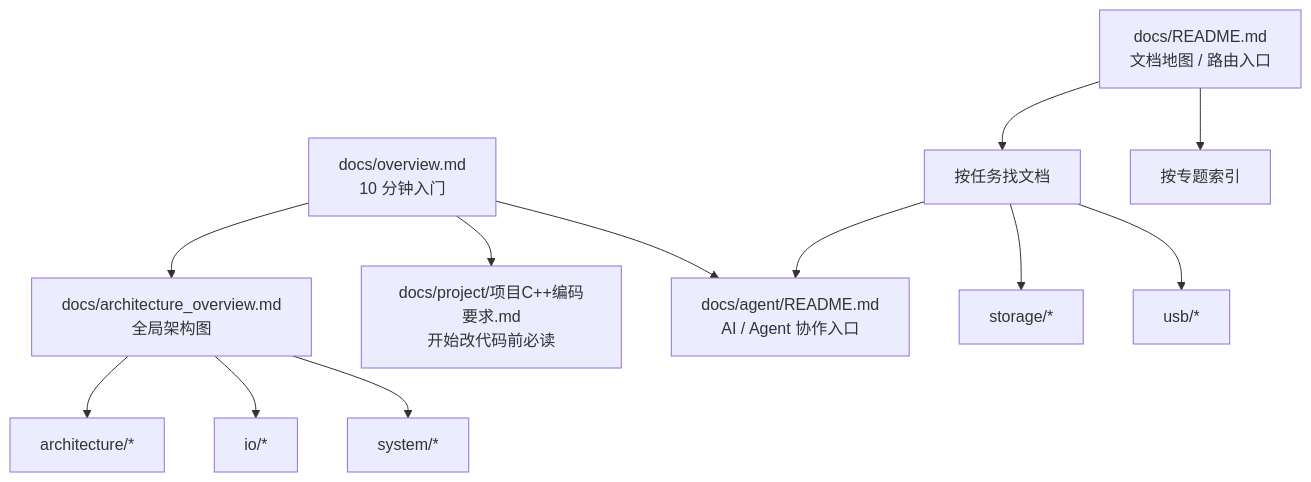
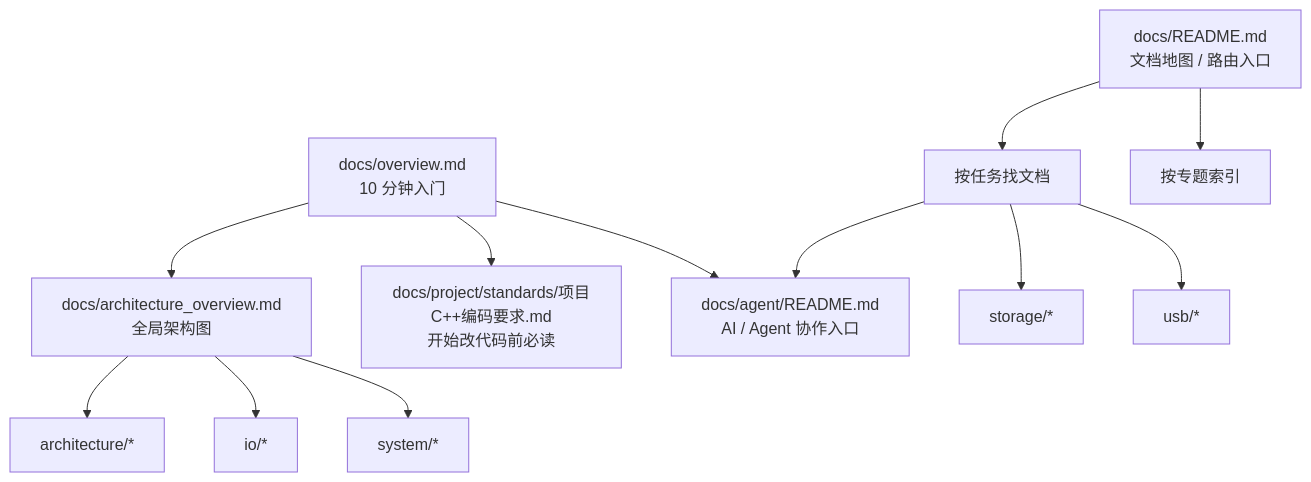
The diagram in docs/README.md (Little-Red-Cap/Charm-os), drawn with Mermaid before and after one commit. The commit also changed other lines of this file and 15 other files, not shown here.

````diff
--- a/docs/README.md
+++ b/docs/README.md
@@ -18,17 +18,17 @@
 ```mermaid
 flowchart TD
     A["docs/overview.md<br/>10 分钟入门"] --> B["docs/architecture_overview.md<br/>全局架构图"]
-    A --> C["docs/project/项目C++编码要求.md<br/>开始改代码前必读"]
+    A --> C["docs/project/standards/项目C++编码要求.md<br/>开始改代码前必读"]
     A --> D["docs/agent/README.md<br/>AI / Agent 协作入口"]
 
     E["docs/README.md<br/>文档地图 / 路由入口"] --> F["按任务找文档"]
     E --> G["按专题索引"]
 
     B --> H["architecture/*"]
     B --> I["io/*"]
     B --> J["system/*"]
 
     F --> K["storage/*"]
     F --> L["usb/*"]
     F --> D
 ```
````
